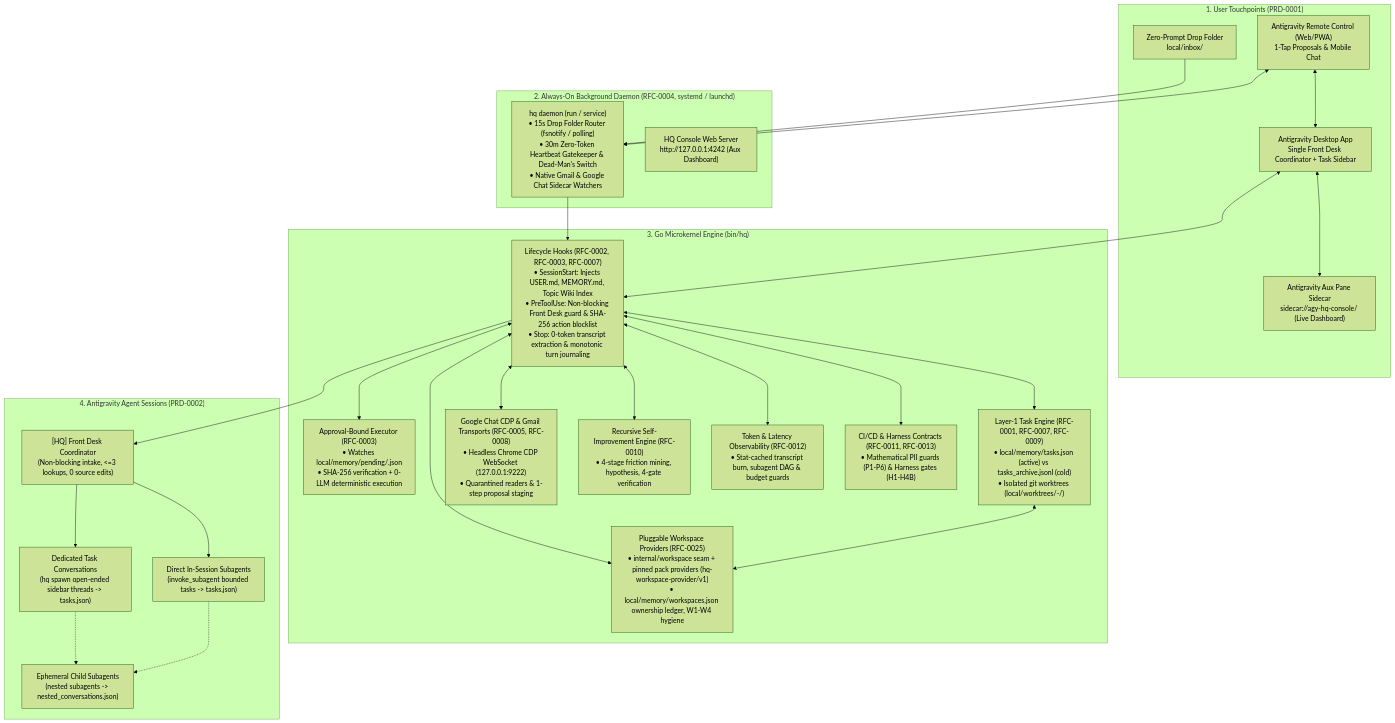
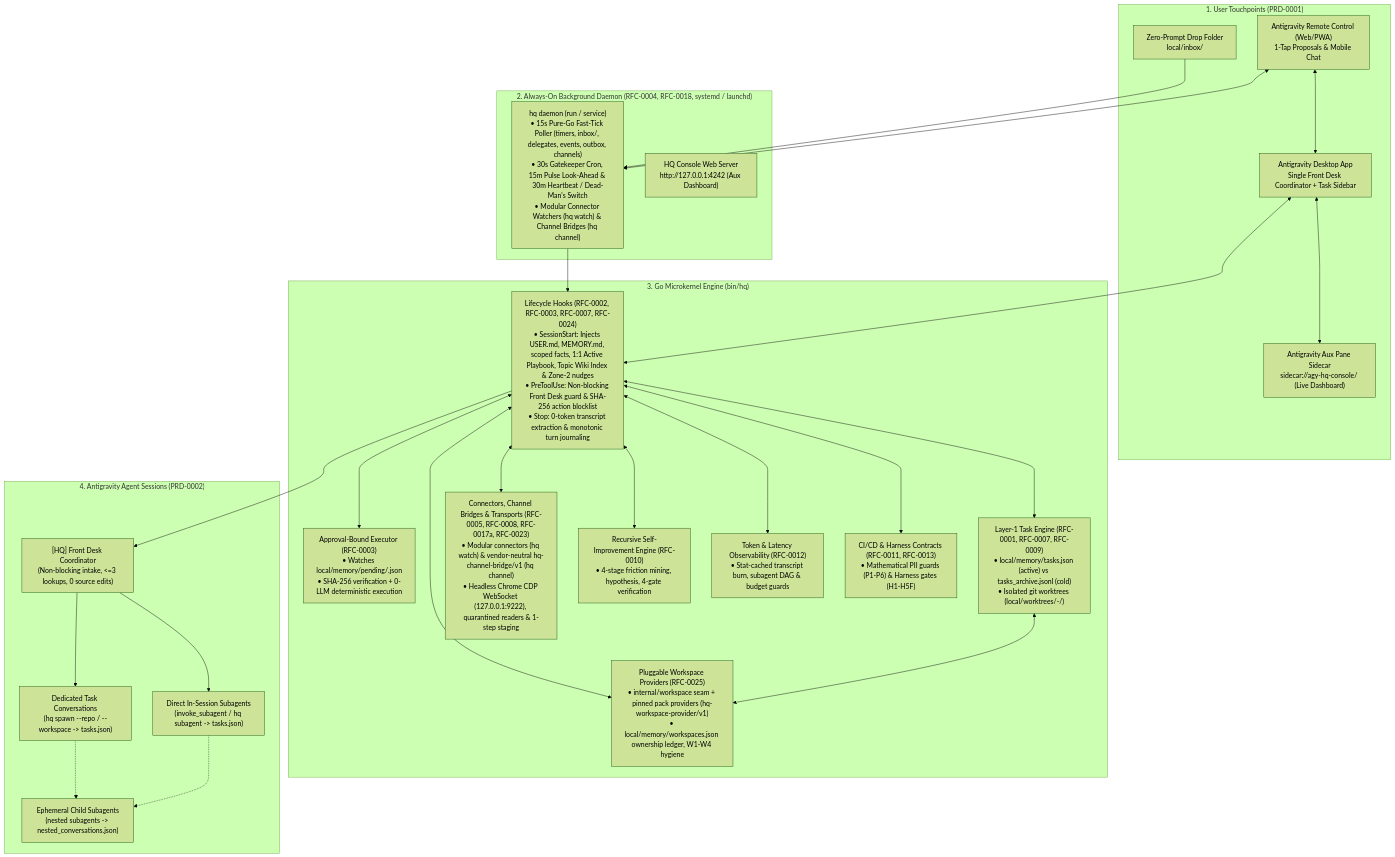
Before and after one commit to zjshen14/agy-hq: the first of 4 diagrams in docs/architecture.md, drawn with Mermaid (forest theme). The commit also changed other lines of this file and 168 other files, not shown here.

````diff
--- a/docs/architecture.md
+++ b/docs/architecture.md
@@ -20,52 +20,52 @@
 ```mermaid
 flowchart TB
   subgraph Touchpoints["1. User Touchpoints (PRD-0001)"]
     RC["Antigravity Remote Control (Web/PWA)\n1-Tap Proposals & Mobile Chat"]
     DESK["Antigravity Desktop App\nSingle Front Desk Coordinator + Task Sidebar"]
     SIDECAR["Antigravity Aux Pane Sidecar\nsidecar://agy-hq-console/ (Live Dashboard)"]
     DROP["Zero-Prompt Drop Folder\nlocal/inbox/"]
   end
 
-  subgraph DaemonLayer["2. Always-On Background Daemon (RFC-0004, systemd / launchd)"]
-    DAEMON["hq daemon (run / service)\n• 15s Drop Folder Router (fsnotify / polling)\n• 30m Zero-Token Heartbeat Gatekeeper & Dead-Man's Switch\n• Native Gmail & Google Chat Sidecar Watchers"]
+  subgraph DaemonLayer["2. Always-On Background Daemon (RFC-0004, RFC-0018, systemd / launchd)"]
+    DAEMON["hq daemon (run / service)\n• 15s Pure-Go Fast-Tick Poller (timers, inbox/, delegates, events, outbox, channels)\n• 30s Gatekeeper Cron, 15m Pulse Look-Ahead & 30m Heartbeat / Dead-Man's Switch\n• Modular Connector Watchers (hq watch) & Channel Bridges (hq channel)"]
     WEBUI["HQ Console Web Server\nhttp://127.0.0.1:4242 (Aux Dashboard)"]
   end
 
   subgraph Microkernel["3. Go Microkernel Engine (bin/hq)"]
-    HOOKS["Lifecycle Hooks (RFC-0002, RFC-0003, RFC-0007)\n• SessionStart: Injects USER.md, MEMORY.md, Topic Wiki Index\n• PreToolUse: Non-blocking Front Desk guard & SHA-256 action blocklist\n• Stop: 0-token transcript extraction & monotonic turn journaling"]
+    HOOKS["Lifecycle Hooks (RFC-0002, RFC-0003, RFC-0007, RFC-0024)\n• SessionStart: Injects USER.md, MEMORY.md, scoped facts, 1:1 Active Playbook, Topic Wiki Index & Zone-2 nudges\n• PreToolUse: Non-blocking Front Desk guard & SHA-256 action blocklist\n• Stop: 0-token transcript extraction & monotonic turn journaling"]
     EXEC["Approval-Bound Executor (RFC-0003)\n• Watches local/memory/pending/<id>.json\n• SHA-256 verification + 0-LLM deterministic execution"]
     TASKS["Layer-1 Task Engine (RFC-0001, RFC-0007, RFC-0009)\n• local/memory/tasks.json (active) vs tasks_archive.jsonl (cold)\n• Isolated git worktrees (local/worktrees/<repo>-<task>/)"]
     WS["Pluggable Workspace Providers (RFC-0025)\n• internal/workspace seam + pinned pack providers (hq-workspace-provider/v1)\n• local/memory/workspaces.json ownership ledger, W1-W4 hygiene"]
-    GCHAT["Google Chat CDP & Gmail Transports (RFC-0005, RFC-0008)\n• Headless Chrome CDP WebSocket (127.0.0.1:9222)\n• Quarantined readers & 1-step proposal staging"]
+    GCHAT["Connectors, Channel Bridges & Transports (RFC-0005, RFC-0008, RFC-0017a, RFC-0023)\n• Modular connectors (hq watch) & vendor-neutral hq-channel-bridge/v1 (hq channel)\n• Headless Chrome CDP WebSocket (127.0.0.1:9222), quarantined readers & 1-step staging"]
     RSI["Recursive Self-Improvement Engine (RFC-0010)\n• 4-stage friction mining, hypothesis, 4-gate verification"]
     OBS["Token & Latency Observability (RFC-0012)\n• Stat-cached transcript burn, subagent DAG & budget guards"]
-    CI["CI/CD & Harness Contracts (RFC-0011, RFC-0013)\n• Mathematical PII guards (P1-P6) & Harness gates (H1-H4B)"]
+    CI["CI/CD & Harness Contracts (RFC-0011, RFC-0013)\n• Mathematical PII guards (P1-P6) & Harness gates (H1-H5F)"]
   end
 
   subgraph AgentLayer["4. Antigravity Agent Sessions (PRD-0002)"]
     FD["[HQ] Front Desk Coordinator\n(Non-blocking intake, <=3 lookups, 0 source edits)"]
-    SUB["Direct In-Session Subagents\n(invoke_subagent bounded tasks -> tasks.json)"]
-    TASKCONV["Dedicated Task Conversations\n(hq spawn open-ended sidebar threads -> tasks.json)"]
+    SUB["Direct In-Session Subagents\n(invoke_subagent / hq subagent -> tasks.json)"]
+    TASKCONV["Dedicated Task Conversations\n(hq spawn --repo / --workspace -> tasks.json)"]
     CHILD["Ephemeral Child Subagents\n(nested subagents -> nested_conversations.json)"]
   end
 
   RC <--> DESK
   RC <--> DAEMON
   DESK <--> SIDECAR
   DROP --> DAEMON
   DAEMON --> HOOKS
   DESK <--> HOOKS
   HOOKS --> FD
   FD --> SUB
   FD --> TASKCONV
   SUB -.-> CHILD
   TASKCONV -.-> CHILD
   HOOKS <--> EXEC
   HOOKS <--> TASKS
   TASKS <--> WS
   HOOKS <--> WS
   HOOKS <--> GCHAT
   HOOKS <--> RSI
   HOOKS <--> OBS
   HOOKS <--> CI
 ```
````
